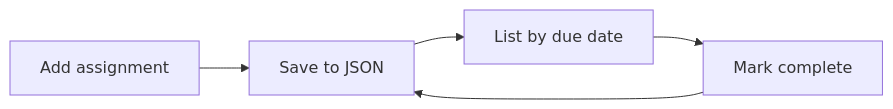
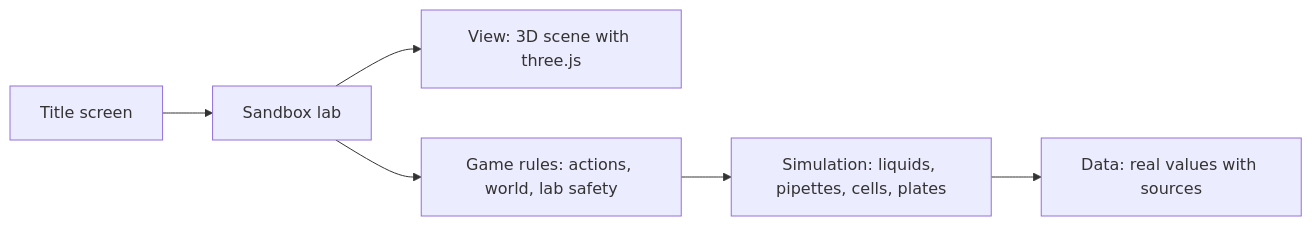
One commit to Zyun20041026/Senior-Capstone-Project changed the diagram in Alex-202384014054/README.md. Above: the diagram before and after it, drawn with Mermaid. The commit also changed other lines of this file and 92 other files, not shown here.

First line of the commit message:
Week 3: separate the wet lab sandbox from my earlier game

````diff
--- a/Alex-202384014054/README.md
+++ b/Alex-202384014054/README.md
@@ -32,7 +64,8 @@
 ```mermaid
 flowchart LR
-    A[Add assignment] --> B[Save to JSON]
-    B --> C[List by due date]
-    C --> D[Mark complete]
-    D --> B
+    T[Title screen] --> S[Sandbox lab]
+    S --> V[View: 3D scene with three.js]
+    S --> G[Game rules: actions, world, lab safety]
+    G --> M[Simulation: liquids, pipettes, cells, plates]
+    M --> D[Data: real values with sources]
 ```
````
